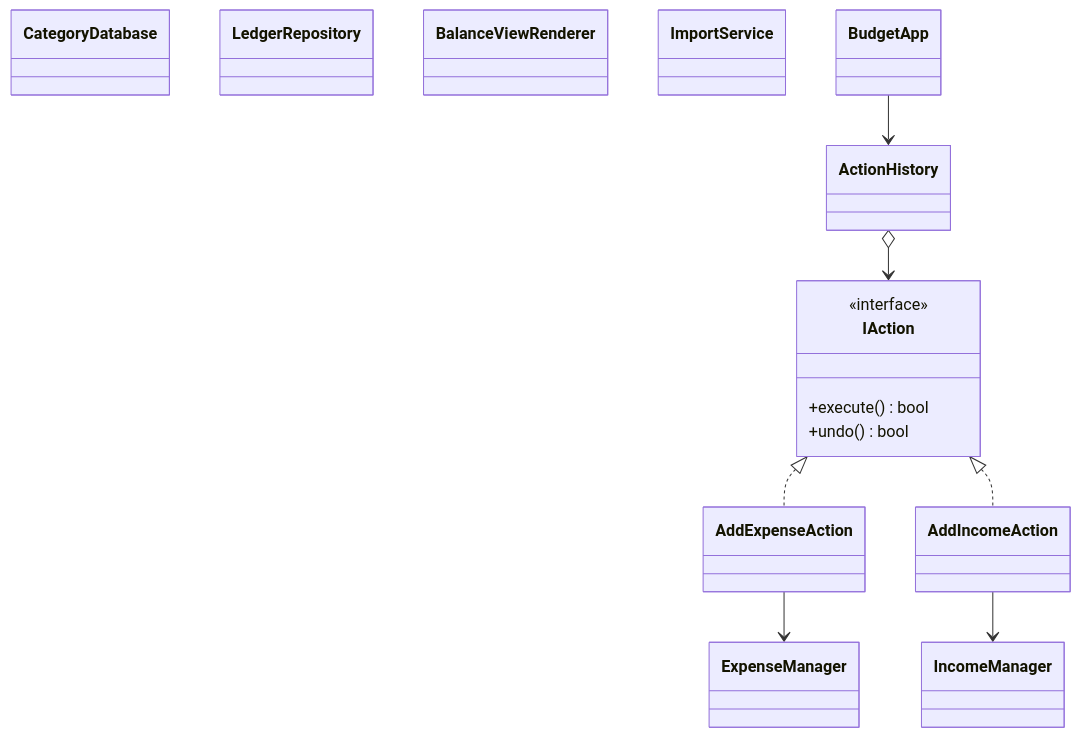
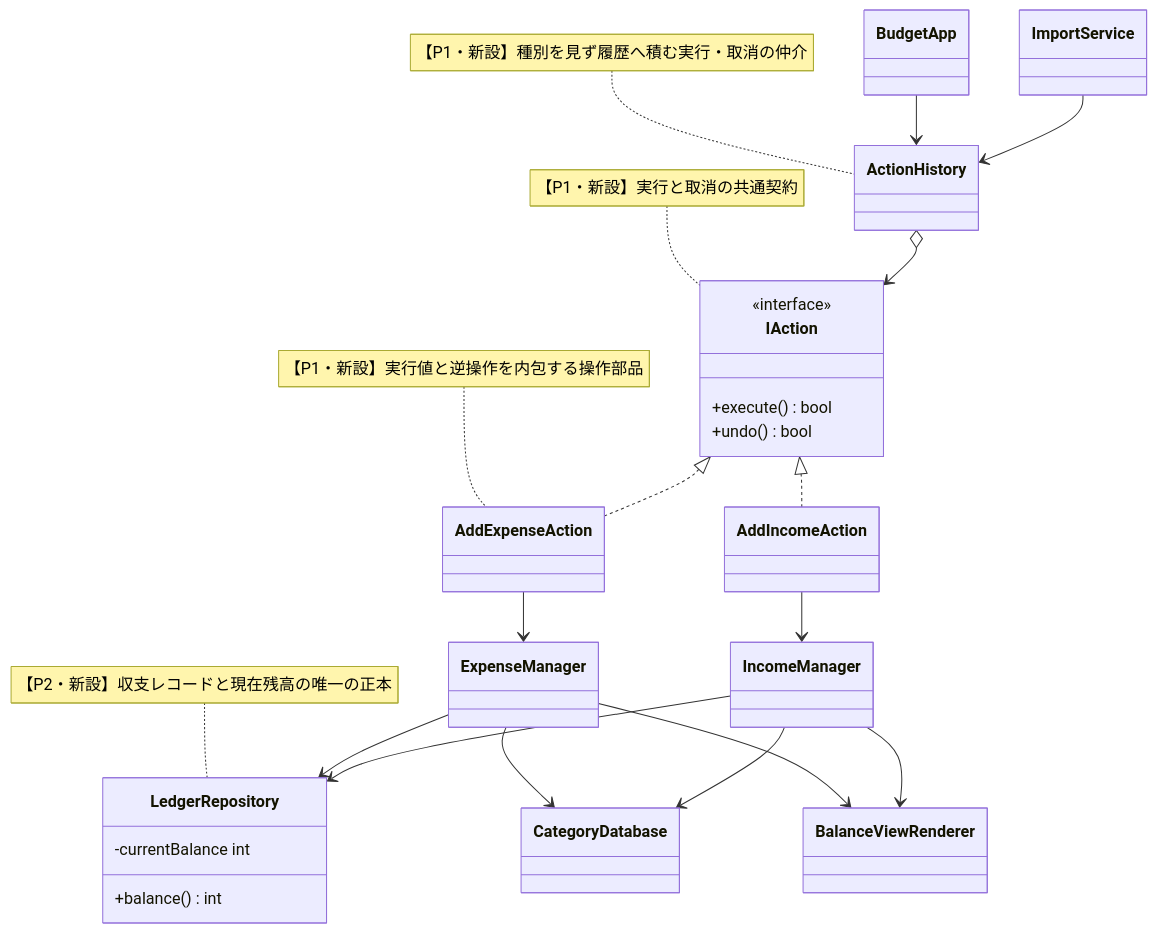
Diagram 11 of 15 in kindle/design-patterns/output/chapter05.md (kumachan1101-pixel/DesignPattern), drawn with Mermaid before and after one commit. The commit also changed other lines of this file and 21 other files, not shown here.

````diff
--- a/kindle/design-patterns/output/chapter05.md
+++ b/kindle/design-patterns/output/chapter05.md
@@ -1563,24 +1639,42 @@
 ```mermaid
 classDiagram
     class CategoryDatabase
-    class LedgerRepository
+    class LedgerRepository {
+        -currentBalance int
+        +balance() int
+    }
     class BalanceViewRenderer
     class ImportService
     class IAction {
         <<interface>>
         +execute() bool
         +undo() bool
     }
     class AddExpenseAction
     class AddIncomeAction
     class ActionHistory
     class BudgetApp
     class ExpenseManager
     class IncomeManager
     IAction <|.. AddExpenseAction
     IAction <|.. AddIncomeAction
     ActionHistory o--> IAction
     BudgetApp --> ActionHistory
     AddExpenseAction --> ExpenseManager
     AddIncomeAction --> IncomeManager
+    ExpenseManager --> LedgerRepository
+    IncomeManager --> LedgerRepository
+    ExpenseManager --> CategoryDatabase
+    IncomeManager --> CategoryDatabase
+    ExpenseManager --> BalanceViewRenderer
+    IncomeManager --> BalanceViewRenderer
+    ImportService --> ActionHistory
+
+    note for IAction "【P1・新設】実行と取消の共通契約"
+    note for AddExpenseAction "【P1・新設】実行値と逆操作を内包する操作部品"
+    note for ActionHistory "【P1・新設】種別を見ず履歴へ積む実行・取消の仲介"
+    note for LedgerRepository "【P2・新設】収支レコードと現在残高の唯一の正本"
+
+    classDef focus fill:#FFF2CC,stroke:#D6B656,stroke-width:2px,color:#222222
+    cssClass "IAction,AddExpenseAction,AddIncomeAction,ActionHistory,LedgerRepository" focus
 ```
````
